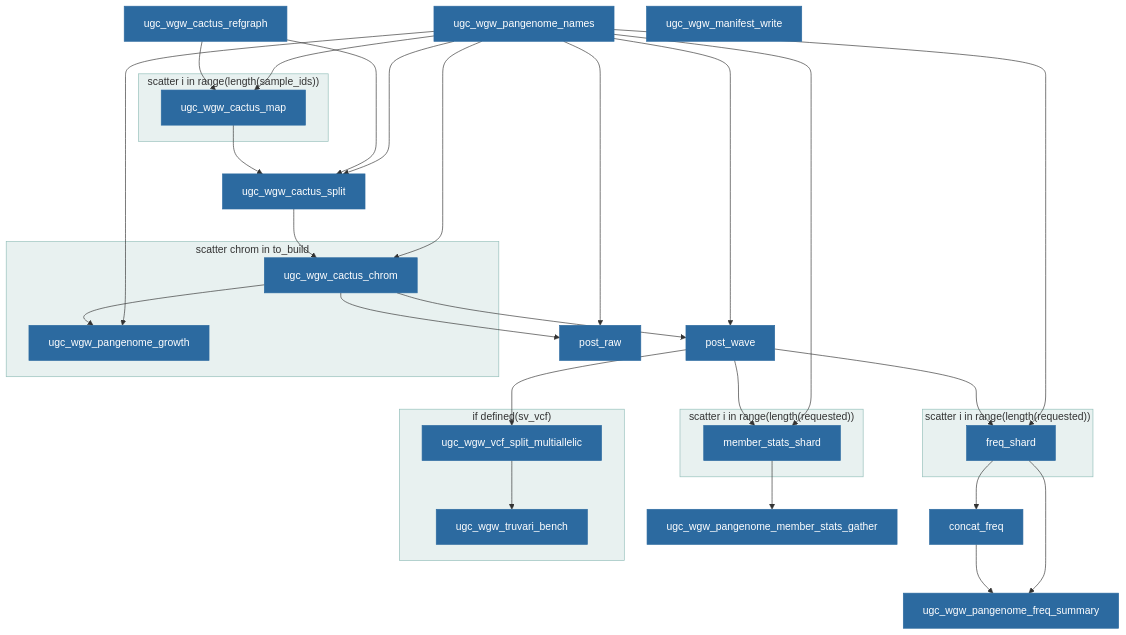
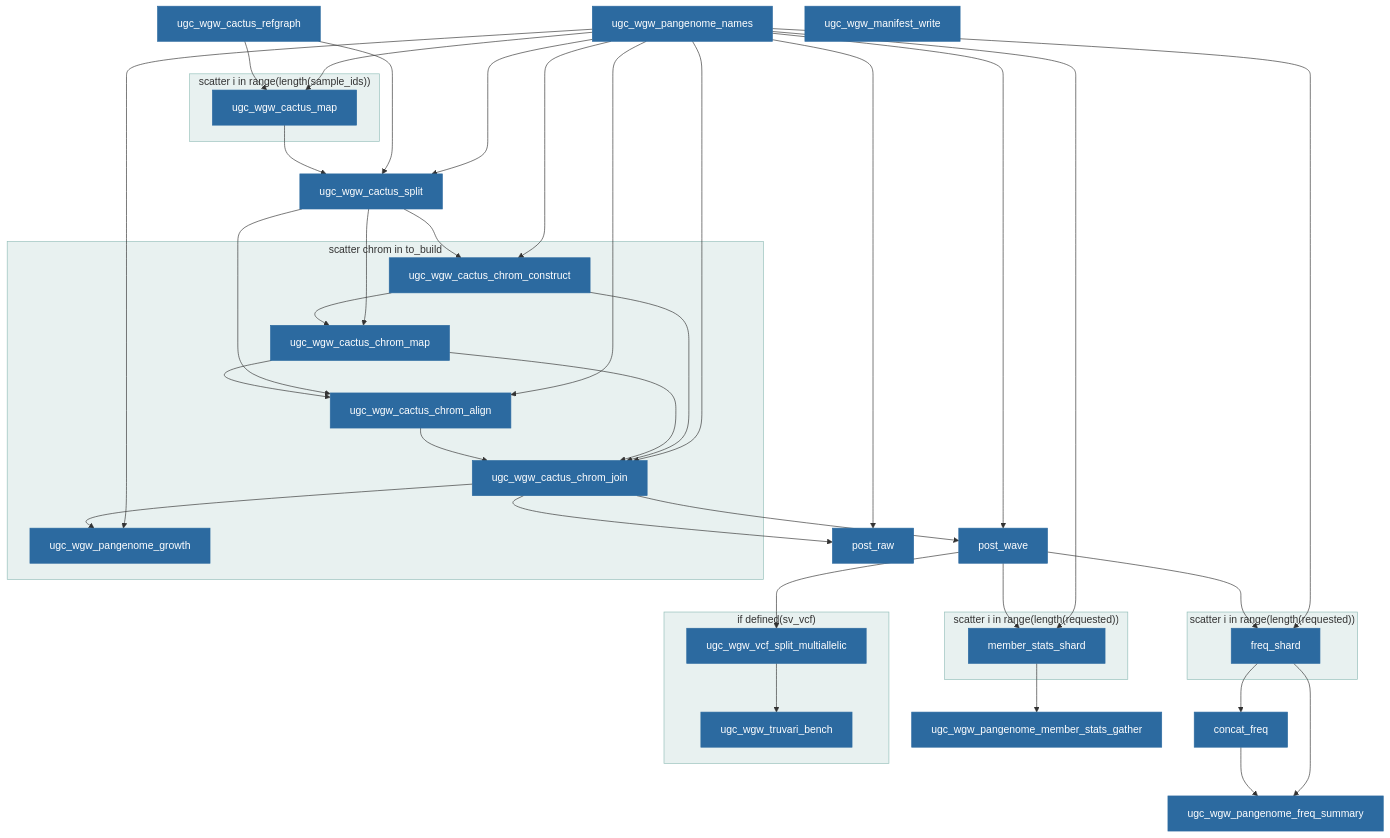
Before and after one commit to UppsalaGenomeCenter/ugc-wgw: diagram 15 of 15 in docs/guide/workflow-graphs.md, drawn with Mermaid. The commit also changed other lines of this file and 26 other files, not shown here.

First line of the commit message:
ugc-wgw 0.26.0

````diff
--- a/docs/guide/workflow-graphs.md
+++ b/docs/guide/workflow-graphs.md
@@ -929,56 +929,68 @@
 ```mermaid
 flowchart TD
   n1["ugc_wgw_pangenome_names"]:::o
   n2["ugc_wgw_cactus_refgraph"]:::o
   subgraph s1["scatter i in range(length(sample_ids))"]
     n3["ugc_wgw_cactus_map"]:::o
   end
   n4["ugc_wgw_cactus_split"]:::o
   subgraph s2["scatter chrom in to_build"]
-    n5["ugc_wgw_cactus_chrom"]:::o
-    n6["ugc_wgw_pangenome_growth"]:::o
+    n5["ugc_wgw_cactus_chrom_construct"]:::o
+    n6["ugc_wgw_cactus_chrom_map"]:::o
+    n7["ugc_wgw_cactus_chrom_align"]:::o
+    n8["ugc_wgw_cactus_chrom_join"]:::o
+    n9["ugc_wgw_pangenome_growth"]:::o
   end
-  n7["post_raw"]:::o
-  n8["post_wave"]:::o
+  n10["post_raw"]:::o
+  n11["post_wave"]:::o
   subgraph s3["scatter i in range(length(requested))"]
-    n9["freq_shard"]:::o
+    n12["freq_shard"]:::o
   end
   subgraph s4["scatter i in range(length(requested))"]
-    n10["member_stats_shard"]:::o
+    n13["member_stats_shard"]:::o
   end
-  n11["ugc_wgw_pangenome_member_stats_gather"]:::o
-  n12["concat_freq"]:::o
-  n13["ugc_wgw_pangenome_freq_summary"]:::o
+  n14["ugc_wgw_pangenome_member_stats_gather"]:::o
+  n15["concat_freq"]:::o
+  n16["ugc_wgw_pangenome_freq_summary"]:::o
   subgraph s5["if defined(sv_vcf)"]
-    n14["ugc_wgw_vcf_split_multiallelic"]:::o
-    n15["ugc_wgw_truvari_bench"]:::o
+    n17["ugc_wgw_vcf_split_multiallelic"]:::o
+    n18["ugc_wgw_truvari_bench"]:::o
   end
-  n16["ugc_wgw_manifest_write"]:::o
+  n19["ugc_wgw_manifest_write"]:::o
   n1 --> n3
   n1 --> n4
   n1 --> n5
-  n1 --> n6
   n1 --> n7
   n1 --> n8
   n1 --> n9
   n1 --> n10
+  n1 --> n11
+  n1 --> n12
+  n1 --> n13
   n2 --> n3
   n2 --> n4
   n3 --> n4
   n4 --> n5
+  n4 --> n6
+  n4 --> n7
   n5 --> n6
-  n5 --> n7
   n5 --> n8
+  n6 --> n7
+  n6 --> n8
+  n7 --> n8
   n8 --> n9
   n8 --> n10
-  n8 --> n14
-  n9 --> n12
-  n9 --> n13
-  n10 --> n11
-  n12 --> n13
-  n14 --> n15
+  n8 --> n11
+  n11 --> n12
+  n11 --> n13
+  n11 --> n17
+  n12 --> n15
+  n12 --> n16
+  n13 --> n14
+  n15 --> n16
+  n17 --> n18
   classDef default fill:none,stroke:#8a8f95
   classDef o fill:#2c6aa0,stroke:#2c6aa0,color:#fff
   classDef b fill:#1f7a70,fill-opacity:0.10,stroke:#1f7a70,stroke-opacity:0.45
   class s1,s2,s3,s4,s5 b
 ```
````
